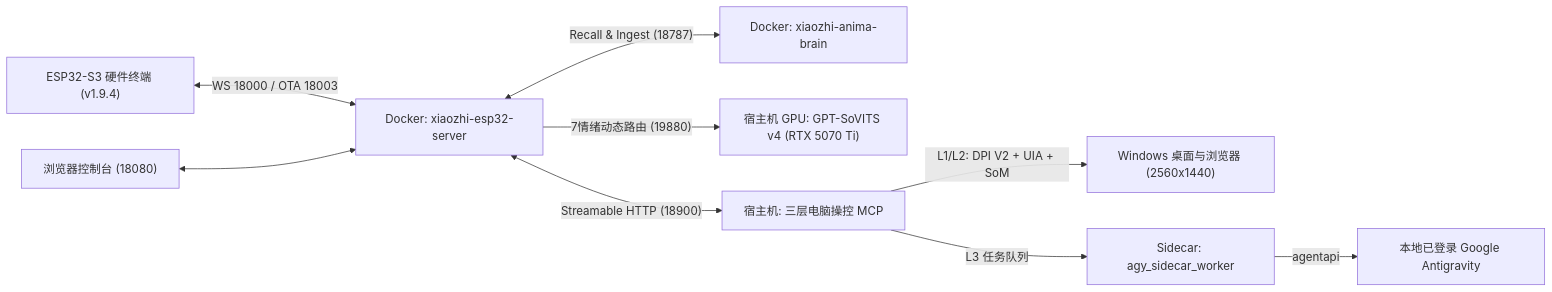
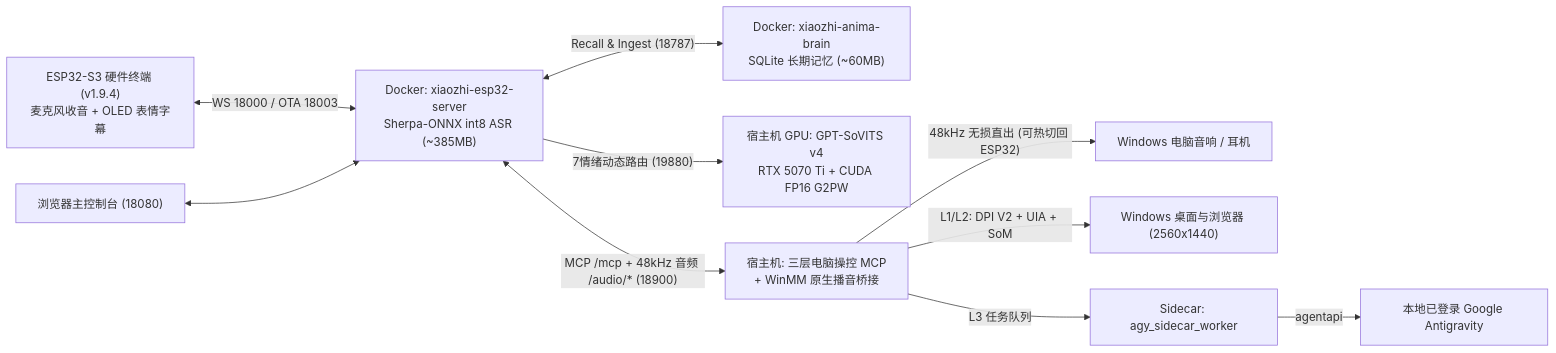
One commit to zou172866/xiaozhi-windows-pc-mcp changed the diagram in 项目交接与运维手册.md. Above: the diagram before and after it, drawn with Mermaid. The commit also changed other lines of this file, not shown here.

Commit message:
docs: update project handover and operations runbook for memory optimization and 48kHz PC audio routing

````diff
--- a/项目交接与运维手册.md
+++ b/项目交接与运维手册.md
@@ -12,11 +13,12 @@
 ```mermaid
 flowchart LR
-    ESP["ESP32-S3 硬件终端 (v1.9.4)"] <-->|"WS 18000 / OTA 18003"| XZ["Docker: xiaozhi-esp32-server"]
-    UI["浏览器控制台 (18080)"] <--> XZ
-    XZ <-->|"Recall & Ingest (18787)"| ANIMA["Docker: xiaozhi-anima-brain"]
-    XZ -->|"7情绪动态路由 (19880)"| GSV["宿主机 GPU: GPT-SoVITS v4 (RTX 5070 Ti)"]
-    XZ <-->|"Streamable HTTP (18900)"| MCP["宿主机: 三层电脑操控 MCP"]
+    ESP["ESP32-S3 硬件终端 (v1.9.4)<br/>麦克风收音 + OLED 表情字幕"] <-->|"WS 18000 / OTA 18003"| XZ["Docker: xiaozhi-esp32-server<br/>Sherpa-ONNX int8 ASR (~385MB)"]
+    UI["浏览器主控制台 (18080)"] <--> XZ
+    XZ <-->|"Recall & Ingest (18787)"| ANIMA["Docker: xiaozhi-anima-brain<br/>SQLite 长期记忆 (~60MB)"]
+    XZ -->|"7情绪动态路由 (19880)"| GSV["宿主机 GPU: GPT-SoVITS v4<br/>RTX 5070 Ti + CUDA FP16 G2PW"]
+    XZ <-->|"MCP /mcp + 48kHz 音频 /audio/* (18900)"| MCP["宿主机: 三层电脑操控 MCP<br/>+ WinMM 原生播音桥接"]
+    MCP -->|"48kHz 无损直出 (可热切回 ESP32)"| SPK["Windows 电脑音响 / 耳机"]
     MCP -->|"L1/L2: DPI V2 + UIA + SoM"| WIN["Windows 桌面与浏览器 (2560x1440)"]
     MCP -->|"L3 任务队列"| SC["Sidecar: agy_sidecar_worker"]
     SC -->|"agentapi"| AGY["本地已登录 Google Antigravity"]
 ```
````
